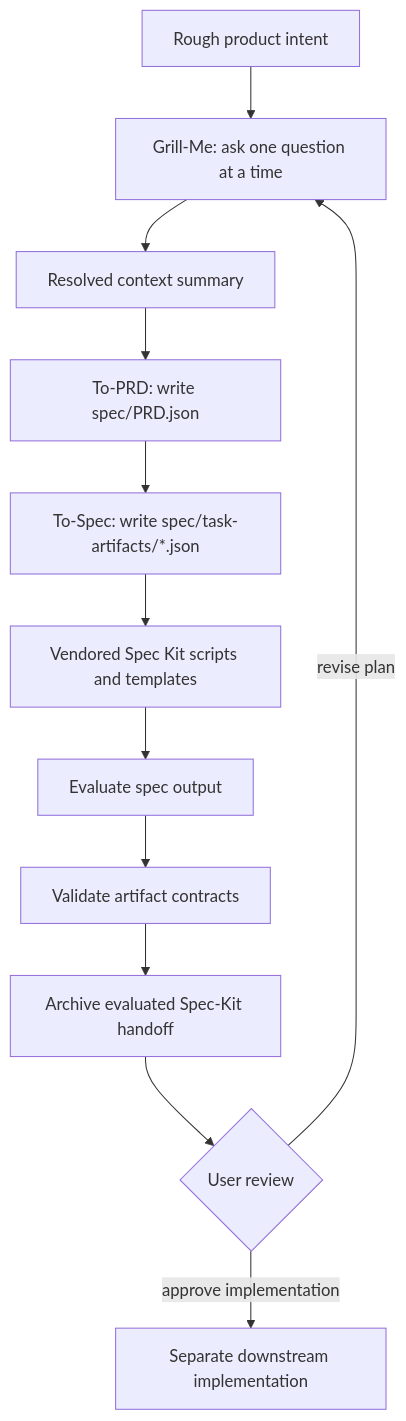
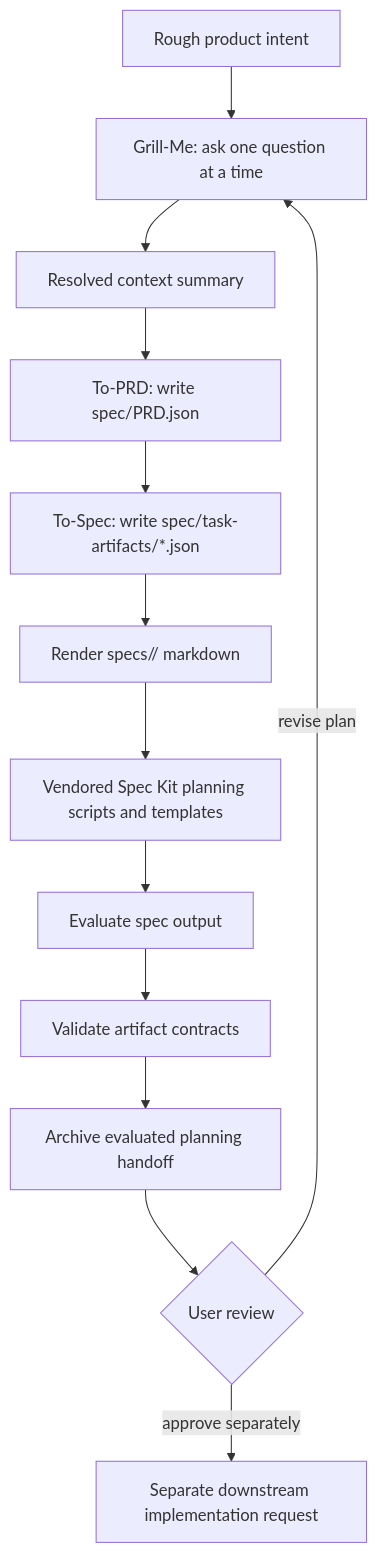
Before and after one commit to mutexdev/grill-to-spec: the diagram in grill-to-spec.md, drawn with Mermaid. The commit also changed other lines of this file and 42 other files, not shown here.

````diff
--- a/grill-to-spec.md
+++ b/grill-to-spec.md
@@ -21,14 +22,15 @@
 ```mermaid
 flowchart TD
     A["Rough product intent"] --> B["Grill-Me: ask one question at a time"]
     B --> C["Resolved context summary"]
     C --> D["To-PRD: write spec/PRD.json"]
     D --> E["To-Spec: write spec/task-artifacts/*.json"]
-    E --> F["Vendored Spec Kit scripts and templates"]
-    F --> G["Evaluate spec output"]
-    G --> H["Validate artifact contracts"]
-    H --> I["Archive evaluated Spec-Kit handoff"]
-    I --> J{"User review"}
-    J -->|"revise plan"| B
-    J -->|"approve implementation"| K["Separate downstream implementation"]
+    E --> F["Render specs/<slug>/ markdown"]
+    F --> G["Vendored Spec Kit planning scripts and templates"]
+    G --> H["Evaluate spec output"]
+    H --> I["Validate artifact contracts"]
+    I --> J["Archive evaluated planning handoff"]
+    J --> K{"User review"}
+    K -->|"revise plan"| B
+    K -->|"approve separately"| L["Separate downstream implementation request"]
 ```
````
